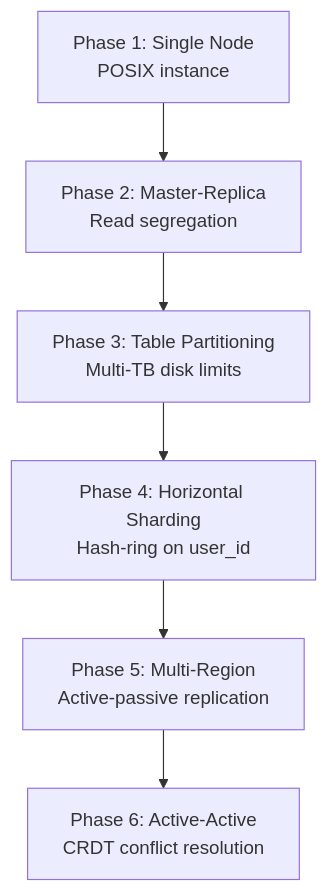
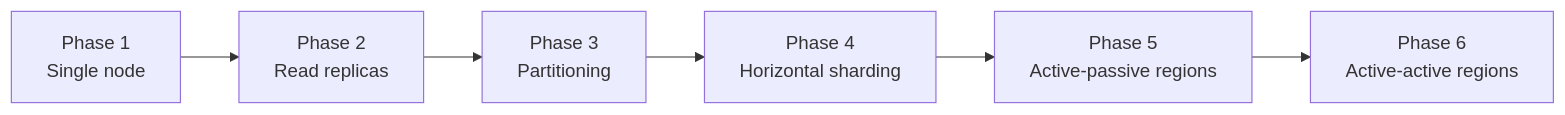
One commit to pradeep2Tech/pradeep2Tech.github.io changed the eighth of 10 diagrams in content/system-design/social-feed.md. Above: the diagram before and after it, drawn with Mermaid. The commit also changed other lines of this file and 5 other files, not shown here.

````diff
--- a/content/system-design/social-feed.md
+++ b/content/system-design/social-feed.md
@@ -463,11 +686,8 @@
 ```mermaid
-flowchart TD
-    S1["Phase 1: Single Node<br/>POSIX instance"]
-    S2["Phase 2: Master-Replica<br/>Read segregation"]
-    S3["Phase 3: Table Partitioning<br/>Multi-TB disk limits"]
-    S4["Phase 4: Horizontal Sharding<br/>Hash-ring on user_id"]
-    S5["Phase 5: Multi-Region<br/>Active-passive replication"]
-    S6["Phase 6: Active-Active<br/>CRDT conflict resolution"]
-
-    S1 --> S2 --> S3 --> S4 --> S5 --> S6
+flowchart LR
+    S1["Phase 1<br/>Single node"] --> S2["Phase 2<br/>Read replicas"]
+    S2 --> S3["Phase 3<br/>Partitioning"]
+    S3 --> S4["Phase 4<br/>Horizontal sharding"]
+    S4 --> S5["Phase 5<br/>Active-passive regions"]
+    S5 --> S6["Phase 6<br/>Active-active regions"]
 ```
````
